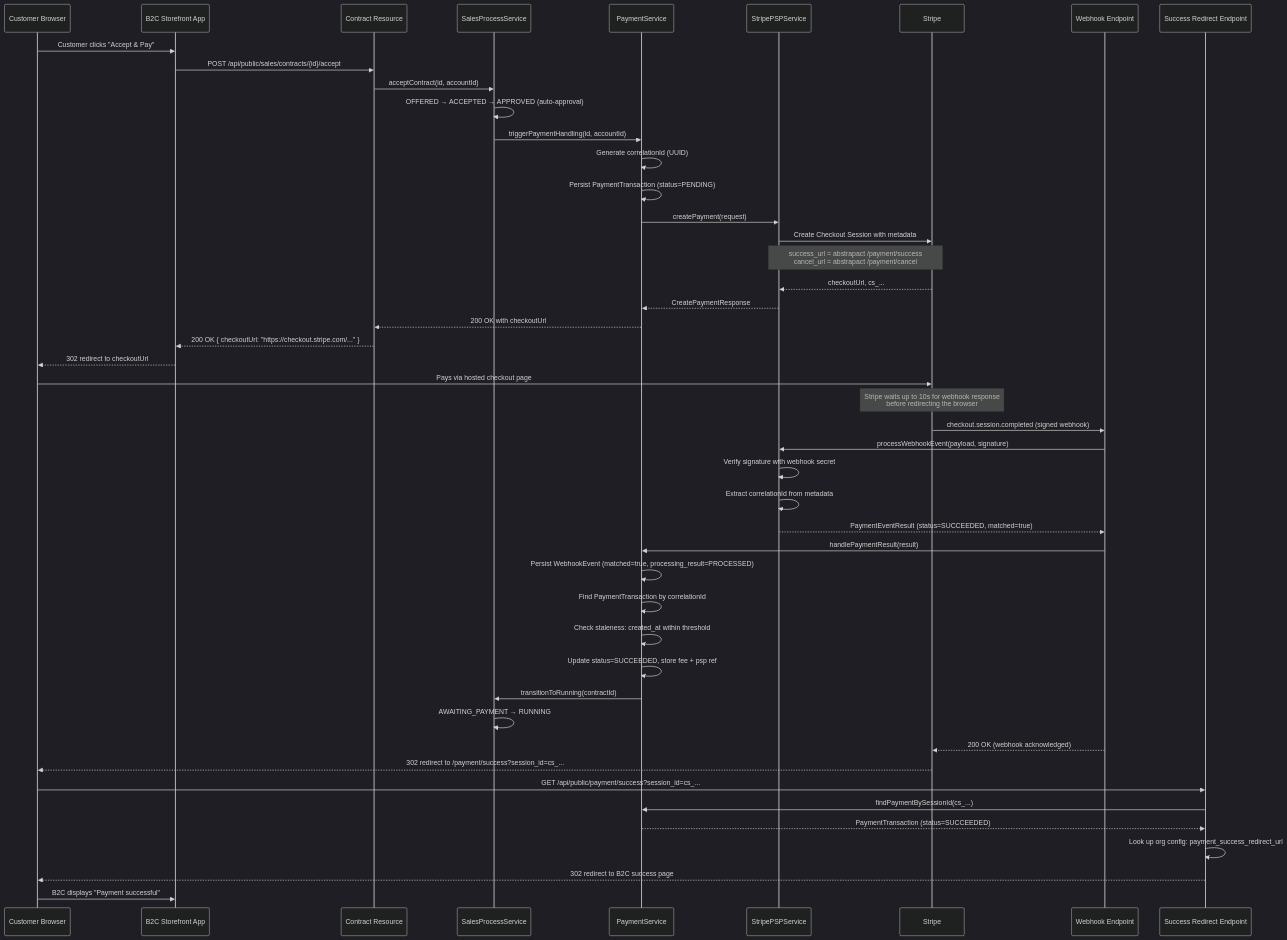
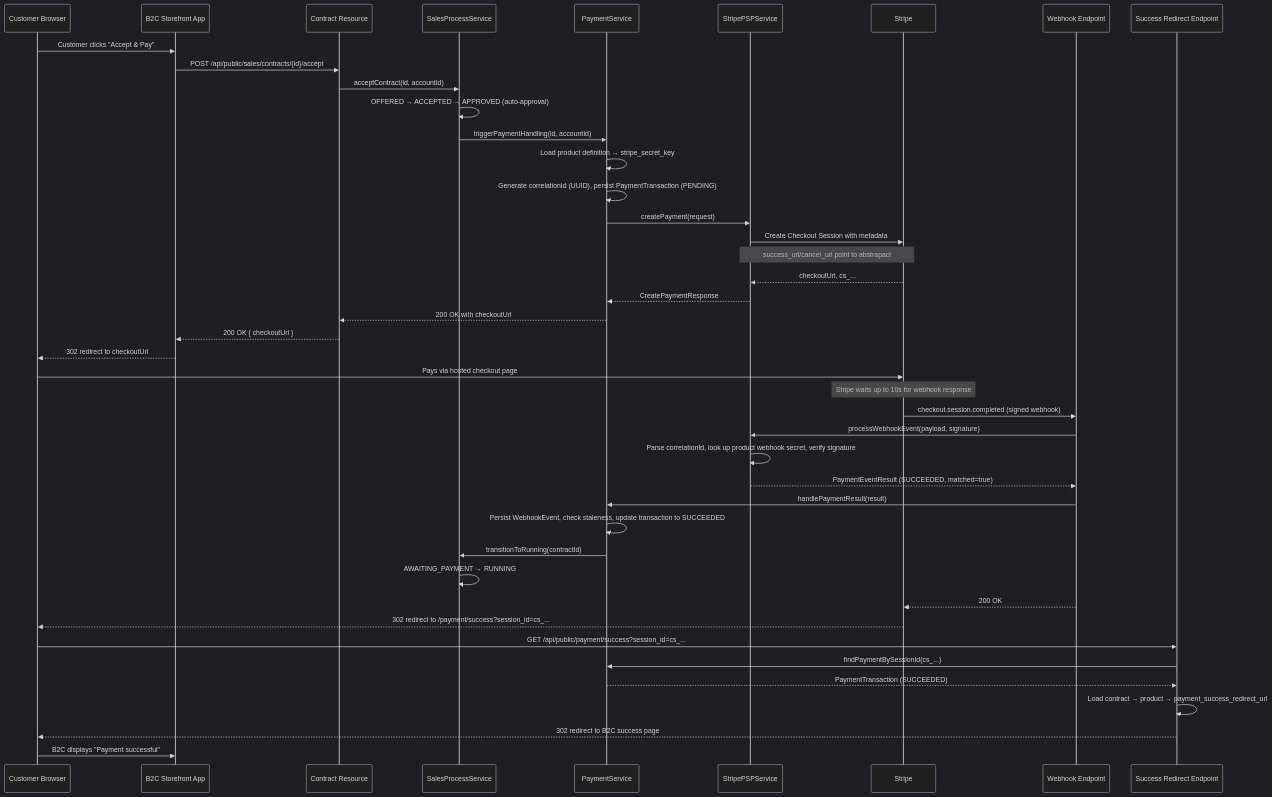
Before and after one commit to abstratium-dev/abstrapact: the third of 6 diagrams in docs/DESIGN_OF_PAYMENT.md, drawn with Mermaid (dark theme). The commit also changed other lines of this file and 1 other file, not shown here.

Commit message:
getting read to implement payment

````diff
--- a/docs/DESIGN_OF_PAYMENT.md
+++ b/docs/DESIGN_OF_PAYMENT.md
@@ -773,52 +598,48 @@
 ```mermaid
 sequenceDiagram
     participant Browser as Customer Browser
     participant B2C as B2C Storefront App
     participant Resource as Contract Resource
     participant SP as SalesProcessService
     participant PS as PaymentService
     participant PSP as StripePSPService
     participant Stripe
     participant WH as Webhook Endpoint
     participant SR as Success Redirect Endpoint
 
     Browser->>B2C: Customer clicks "Accept & Pay"
     B2C->>Resource: POST /api/public/sales/contracts/{id}/accept
     Resource->>SP: acceptContract(id, accountId)
     SP->>SP: OFFERED → ACCEPTED → APPROVED (auto-approval)
     SP->>PS: triggerPaymentHandling(id, accountId)
-    PS->>PS: Generate correlationId (UUID)
-    PS->>PS: Persist PaymentTransaction (status=PENDING)
+    PS->>PS: Load product definition → stripe_secret_key
+    PS->>PS: Generate correlationId (UUID), persist PaymentTransaction (PENDING)
     PS->>PSP: createPayment(request)
     PSP->>Stripe: Create Checkout Session with metadata
-    Note over PSP,Stripe: success_url = abstrapact /payment/success<br/>cancel_url = abstrapact /payment/cancel
+    Note over PSP,Stripe: success_url/cancel_url point to abstrapact
     Stripe-->>PSP: checkoutUrl, cs_...
     PSP-->>PS: CreatePaymentResponse
     PS-->>Resource: 200 OK with checkoutUrl
-    Resource-->>B2C: 200 OK { checkoutUrl: "https://checkout.stripe.com/..." }
+    Resource-->>B2C: 200 OK { checkoutUrl }
     B2C-->>Browser: 302 redirect to checkoutUrl
 
     Browser->>Stripe: Pays via hosted checkout page
-    Note over Stripe: Stripe waits up to 10s for webhook response<br/>before redirecting the browser
+    Note over Stripe: Stripe waits up to 10s for webhook response
     Stripe->>WH: checkout.session.completed (signed webhook)
     WH->>PSP: processWebhookEvent(payload, signature)
-    PSP->>PSP: Verify signature with webhook secret
-    PSP->>PSP: Extract correlationId from metadata
-    PSP-->>WH: PaymentEventResult (status=SUCCEEDED, matched=true)
+    PSP->>PSP: Parse correlationId, look up product webhook secret, verify signature
+    PSP-->>WH: PaymentEventResult (SUCCEEDED, matched=true)
     WH->>PS: handlePaymentResult(result)
-    PS->>PS: Persist WebhookEvent (matched=true, processing_result=PROCESSED)
-    PS->>PS: Find PaymentTransaction by correlationId
-    PS->>PS: Check staleness: created_at within threshold
-    PS->>PS: Update status=SUCCEEDED, store fee + psp ref
+    PS->>PS: Persist WebhookEvent, check staleness, update transaction to SUCCEEDED
     PS->>SP: transitionToRunning(contractId)
     SP->>SP: AWAITING_PAYMENT → RUNNING
-    WH-->>Stripe: 200 OK (webhook acknowledged)
+    WH-->>Stripe: 200 OK
 
     Stripe-->>Browser: 302 redirect to /payment/success?session_id=cs_...
     Browser->>SR: GET /api/public/payment/success?session_id=cs_...
     SR->>PS: findPaymentBySessionId(cs_...)
-    PS-->>SR: PaymentTransaction (status=SUCCEEDED)
-    SR->>SR: Look up org config: payment_success_redirect_url
+    PS-->>SR: PaymentTransaction (SUCCEEDED)
+    SR->>SR: Load contract → product → payment_success_redirect_url
     SR-->>Browser: 302 redirect to B2C success page
     Browser->>B2C: B2C displays "Payment successful"
 ```
````
